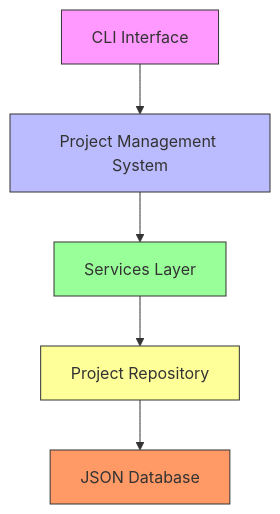
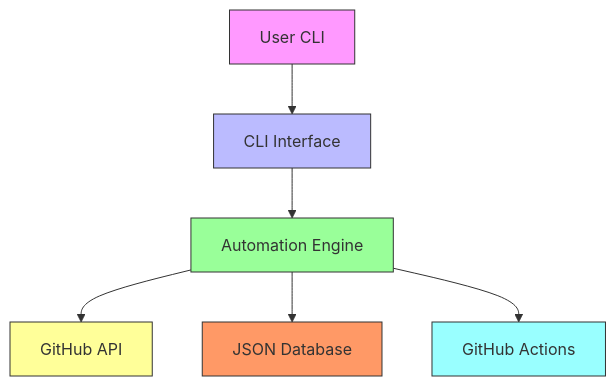
Before and after one commit to Shakour-Data/AutoProjectManagement: the first of 11 diagrams in README.md, drawn with Mermaid. The commit also changed other lines of this file, not shown here.

Commit message:
`Added detailed system architecture documentation, including Mermaid diagrams, BPMN diagrams, data flow diagrams, and UML diagrams, to provide a comprehensive overview of the AutoProjectManagement system.`

````diff
--- a/README.md
+++ b/README.md
@@ -20,13 +20,15 @@
 ```mermaid
 graph TD
-    CLI[CLI Interface] --> PMS[Project Management System]
-    PMS --> SVS[Services Layer]
-    SVS --> PRJ[Project Repository]
-    PRJ --> JSON[JSON Database]
+    User[User CLI] --> CLI[CLI Interface]
+    CLI --> Engine[Automation Engine]
+    Engine --> GitHub[GitHub API]
+    Engine --> JSON[JSON Database]
+    Engine --> Actions[GitHub Actions]
     
-    style CLI fill:#f9f,stroke:#333
-    style PMS fill:#bbf,stroke:#333
-    style SVS fill:#9f9,stroke:#333
-    style PRJ fill:#ff9,stroke:#333
+    style User fill:#f9f,stroke:#333
+    style CLI fill:#bbf,stroke:#333
+    style Engine fill:#9f9,stroke:#333
+    style GitHub fill:#ff9,stroke:#333
     style JSON fill:#f96,stroke:#333
+    style Actions fill:#9ff,stroke:#333
 ```
````
